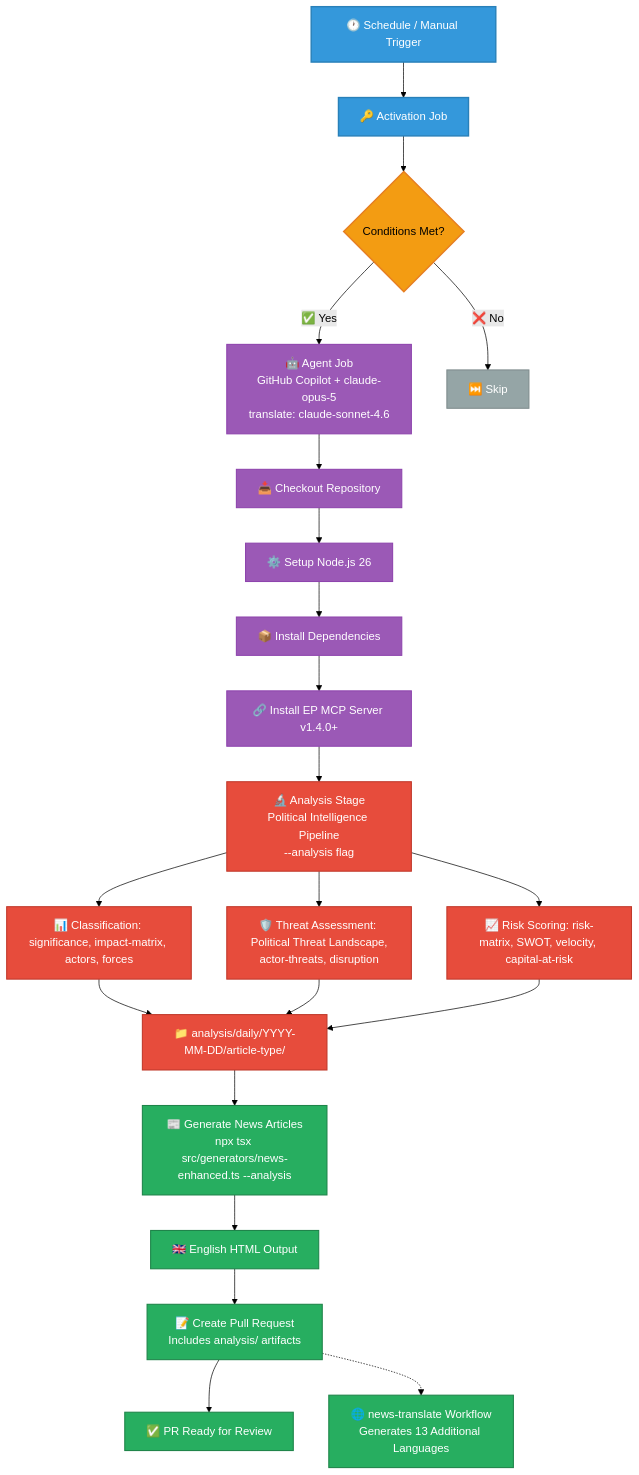
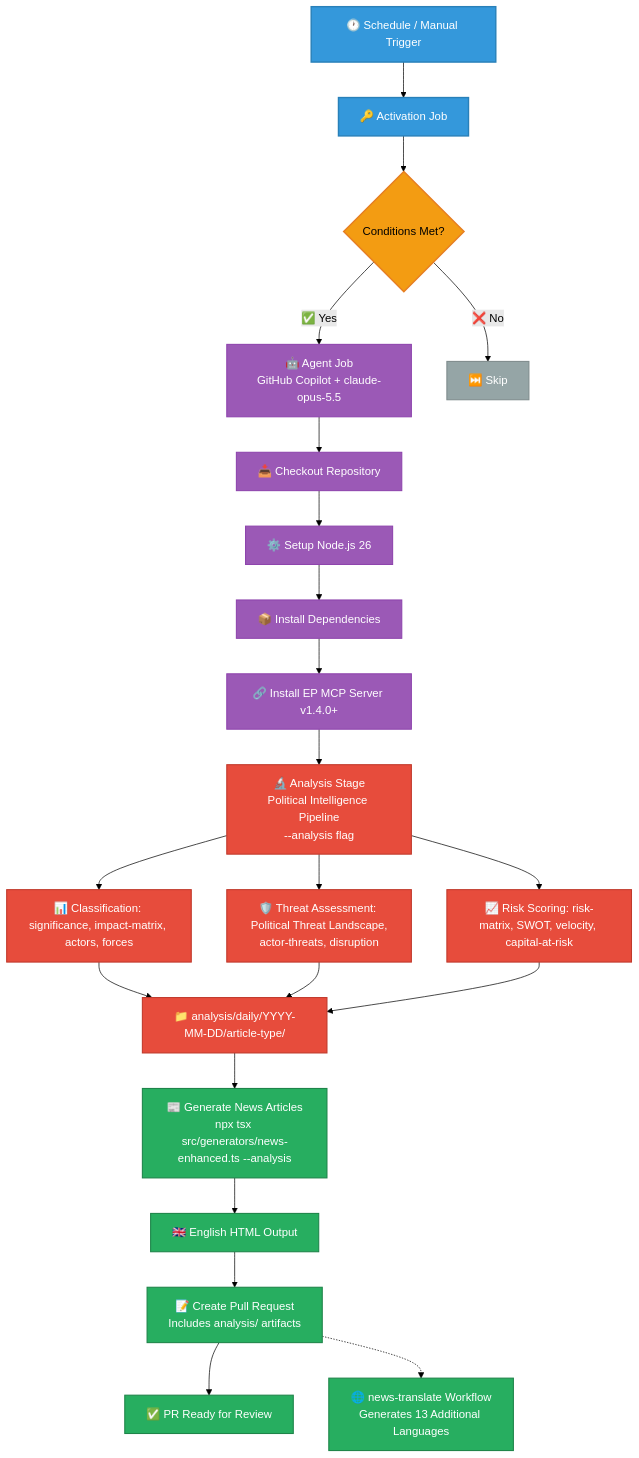
One commit to Hack23/euparliamentmonitor changed the third of 23 diagrams in WORKFLOWS.md. Above: the diagram before and after it, drawn with Mermaid (forest theme). The commit also changed other lines of this file and 41 other files, not shown here.

````diff
--- a/WORKFLOWS.md
+++ b/WORKFLOWS.md
@@ -276,37 +276,37 @@
 ```mermaid
 graph TD
     A[🕐 Schedule / Manual Trigger] --> B[🔑 Activation Job]
     B --> C{Conditions Met?}
-    C -->|✅ Yes| D[🤖 Agent Job<br/>GitHub Copilot + claude-opus-5<br/>translate: claude-sonnet-4.6]
+    C -->|✅ Yes| D[🤖 Agent Job<br/>GitHub Copilot + claude-opus-5.5]
     C -->|❌ No| E[⏭️ Skip]
     D --> F[📥 Checkout Repository]
     F --> G[⚙️ Setup Node.js 26]
     G --> H[📦 Install Dependencies]
     H --> I[🔗 Install EP MCP Server v1.4.0+]
     I --> J1[🔬 Analysis Stage<br/>Political Intelligence Pipeline<br/>--analysis flag]
     J1 --> J1a[📊 Classification: significance, impact-matrix, actors, forces]
     J1 --> J1b[🛡️ Threat Assessment: Political Threat Landscape,<br/>actor-threats, disruption]
     J1 --> J1c[📈 Risk Scoring: risk-matrix, SWOT, velocity, capital-at-risk]
     J1a --> J1d["📁 analysis/daily/YYYY-MM-DD/article-type/"]
     J1b --> J1d
     J1c --> J1d
     J1d --> J[📰 Generate News Articles<br/>npx tsx src/generators/news-enhanced.ts --analysis]
     J --> K[🇬🇧 English HTML Output]
     K --> L[📝 Create Pull Request<br/>Includes analysis/ artifacts]
     L --> M[✅ PR Ready for Review]
     L -.-> N[🌐 news-translate Workflow<br/>Generates 13 Additional Languages]
 
     classDef trigger fill:#3498db,stroke:#2980b9,stroke-width:2px,color:white
     classDef process fill:#9b59b6,stroke:#8e44ad,stroke-width:1.5px,color:white
     classDef decision fill:#f39c12,stroke:#e67e22,stroke-width:2px,color:black
     classDef skip fill:#95a5a6,stroke:#7f8c8d,stroke-width:1.5px,color:white
     classDef analysis fill:#e74c3c,stroke:#c0392b,stroke-width:1.5px,color:white
     classDef output fill:#27ae60,stroke:#1e8449,stroke-width:1.5px,color:white
 
     class A,B trigger
     class D,F,G,H,I process
     class C decision
     class E skip
     class J1,J1a,J1b,J1c,J1d analysis
     class J,K,L,M,N output
 ```
````
